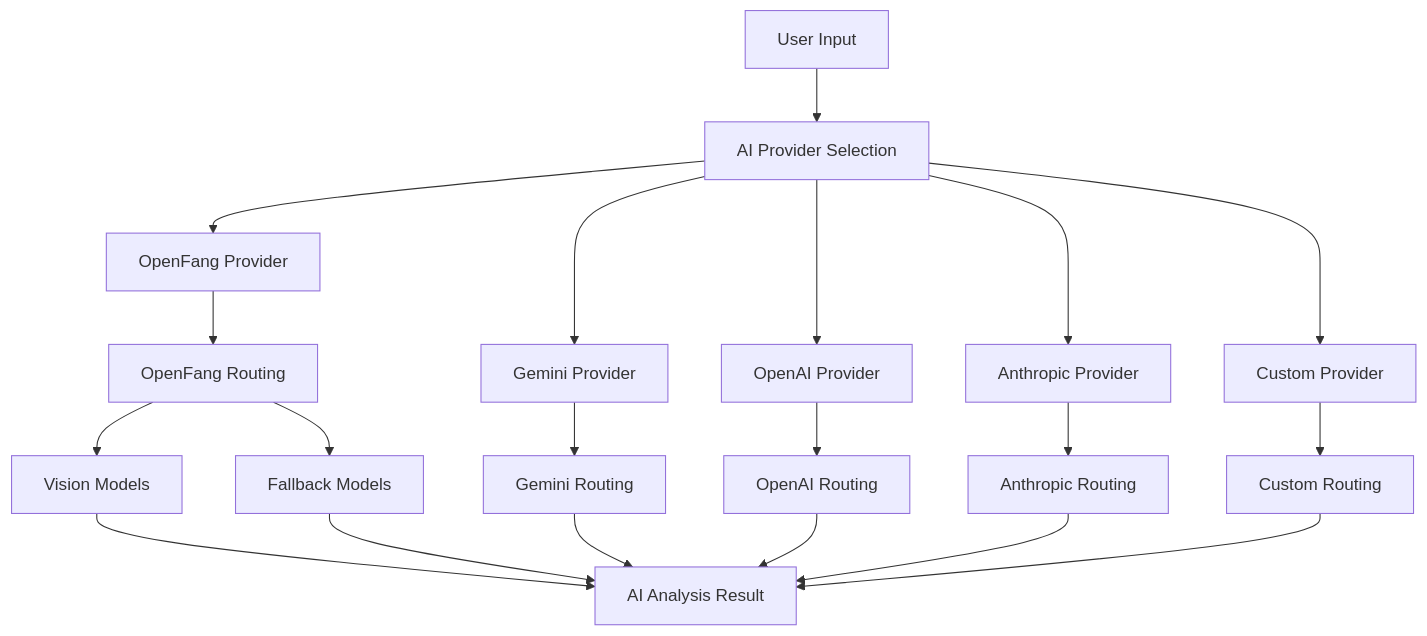
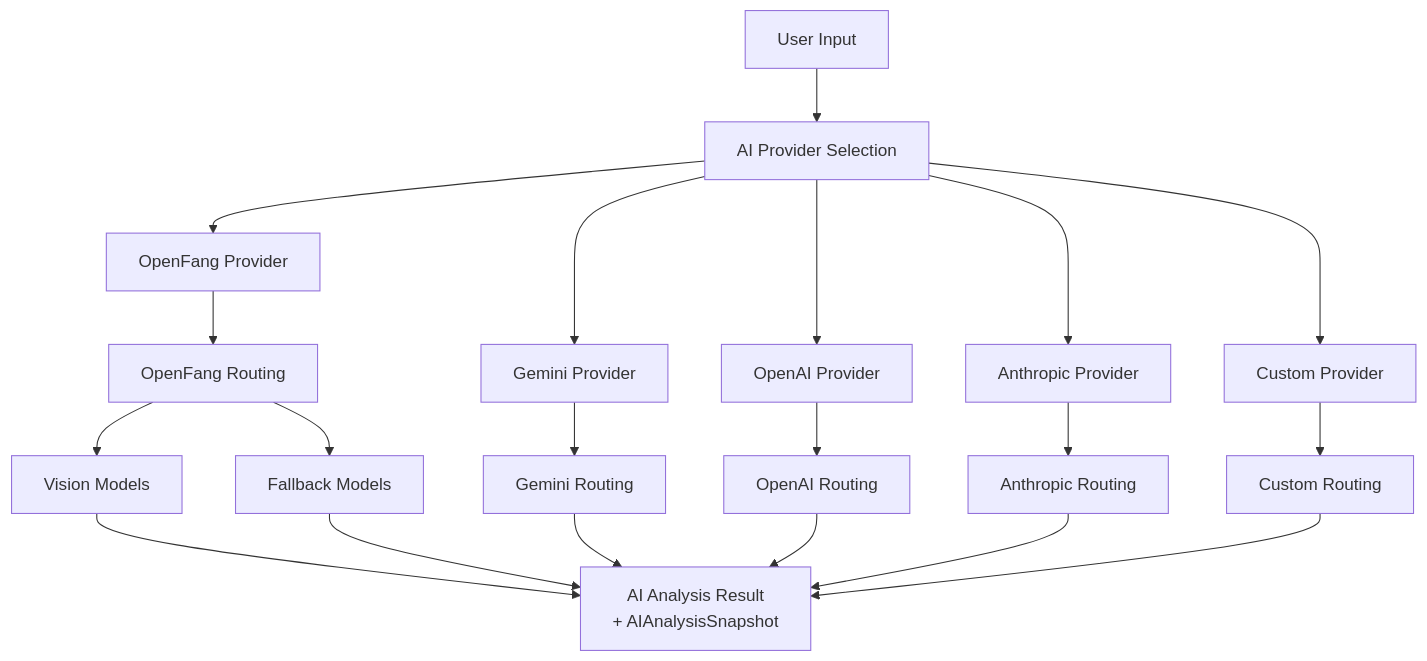
One commit to hunglevi87/Hidden-Gem changed the ninth of 10 diagrams in .qoder/repowiki/en/content/Frontend Application/Development Workflow.md. Above: the diagram before and after it, drawn with Mermaid. The commit also changed other lines of this file and 14 other files, not shown here.

````diff
--- a/.qoder/repowiki/en/content/Frontend Application/Development Workflow.md
+++ b/.qoder/repowiki/en/content/Frontend Application/Development Workflow.md
@@ -557,22 +682,22 @@
 ```mermaid
 flowchart TD
 User["User Input"] --> ProviderSelect["AI Provider Selection"]
 ProviderSelect --> Gemini["Gemini Provider"]
 ProviderSelect --> OpenAI["OpenAI Provider"]
 ProviderSelect --> Anthropic["Anthropic Provider"]
 ProviderSelect --> OpenFang["OpenFang Provider"]
 ProviderSelect --> Custom["Custom Provider"]
 Gemini --> GeminiRoute["Gemini Routing"]
 OpenAI --> OpenAIRoute["OpenAI Routing"]
 Anthropic --> AnthropicRoute["Anthropic Routing"]
 OpenFang --> OFRoute["OpenFang Routing"]
 Custom --> CustomRoute["Custom Routing"]
 OFRoute --> VisionModels["Vision Models"]
 OFRoute --> FallbackModels["Fallback Models"]
-VisionModels --> Analysis["AI Analysis Result"]
+VisionModels --> Analysis["AI Analysis Result<br/>+ AIAnalysisSnapshot"]
 FallbackModels --> Analysis
 GeminiRoute --> Analysis
 OpenAIRoute --> Analysis
 AnthropicRoute --> Analysis
 CustomRoute --> Analysis
 ```
````
